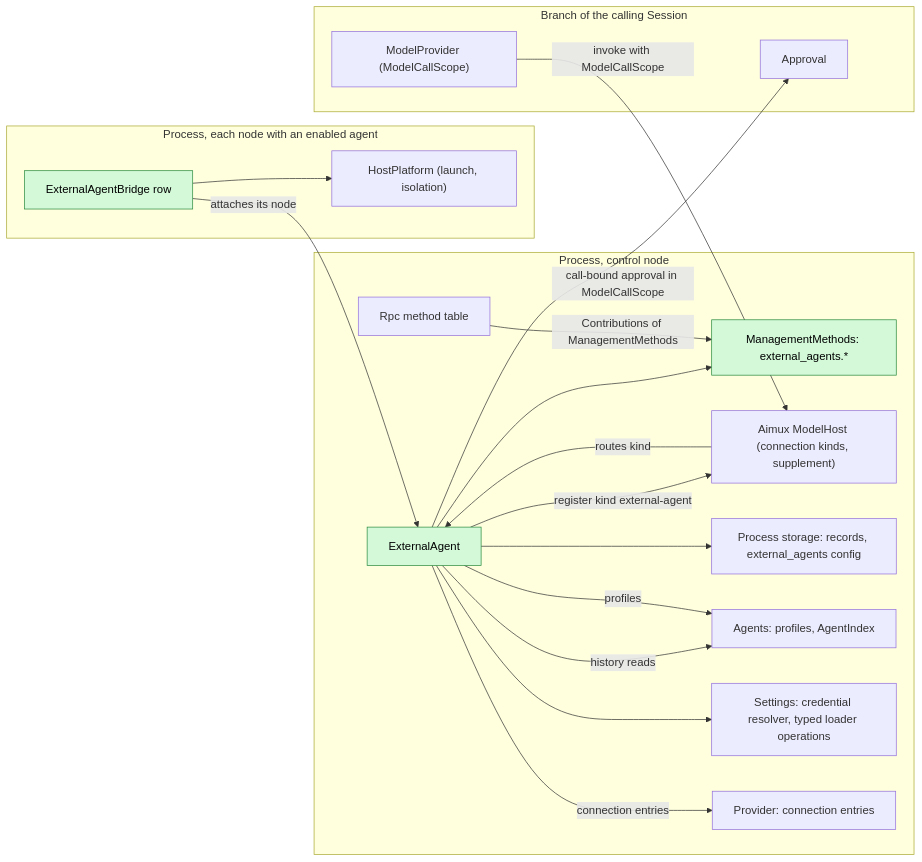
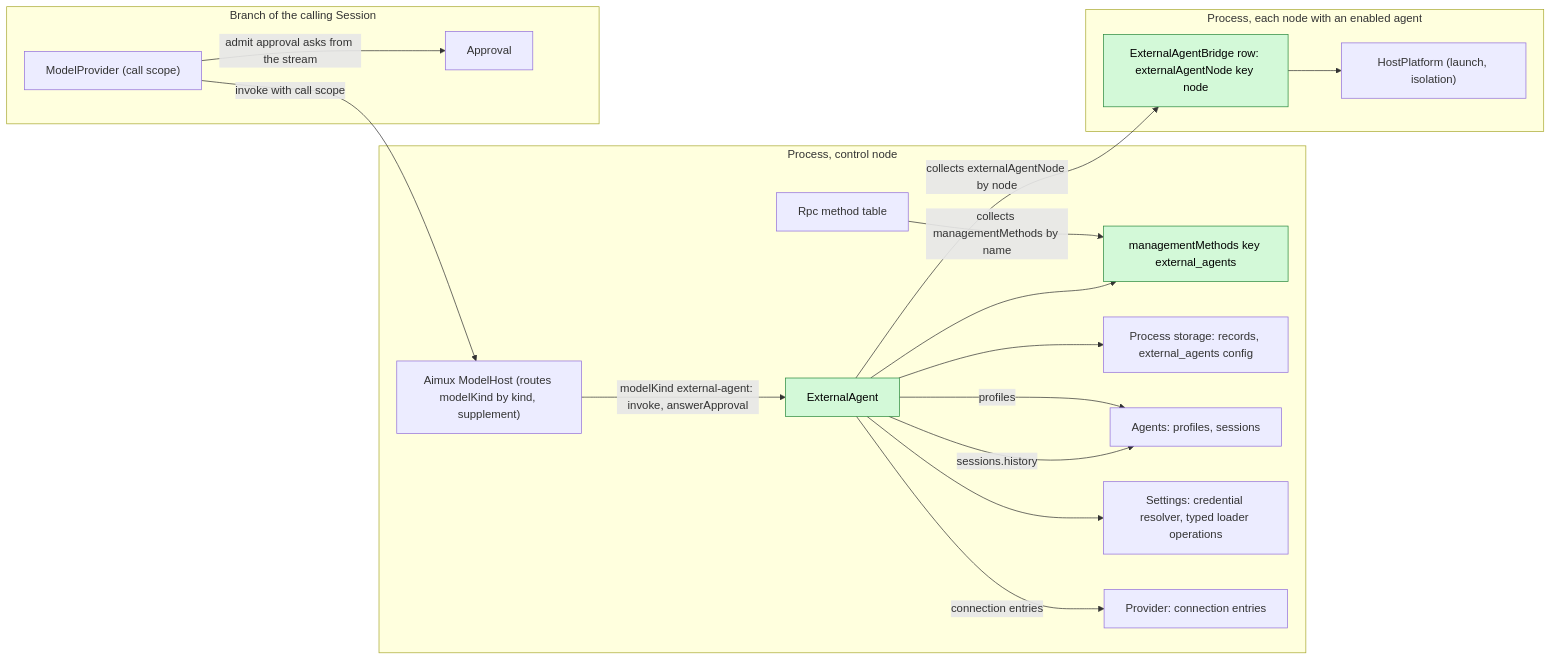
The first of 5 diagrams in docs/design/plugins/ExternalAgent.md (CoutinhoTTS/dim-agent), drawn with Mermaid before and after one commit. The commit also changed other lines of this file and 3 other files, not shown here.

Commit message:
docs(design): language-neutral contracts for Scheduler, Workflow, ExternalAgent and AcpGateway

````diff
--- a/docs/design/plugins/ExternalAgent.md
+++ b/docs/design/plugins/ExternalAgent.md
@@ -9,35 +9,34 @@
 ```mermaid
 flowchart LR
   classDef new fill:#d3f9d8,stroke:#2b8a3e,color:#000
   subgraph proc["Process, control node"]
     EA["ExternalAgent"]:::new
-    MM["ManagementMethods: external_agents.*"]:::new
-    Aimux["Aimux ModelHost (connection kinds, supplement)"]
+    MM["managementMethods key external_agents"]:::new
+    Aimux["Aimux ModelHost (routes modelKind by kind, supplement)"]
     Rpc["Rpc method table"]
     Store["Process storage: records, external_agents config"]
-    Agents["Agents: profiles, AgentIndex"]
+    Agents["Agents: profiles, sessions"]
     Settings["Settings: credential resolver, typed loader operations"]
     Provider["Provider: connection entries"]
   end
   subgraph node["Process, each node with an enabled agent"]
-    Bridge["ExternalAgentBridge row"]:::new
+    Bridge["ExternalAgentBridge row: externalAgentNode key node"]:::new
     HP["HostPlatform (launch, isolation)"]
   end
   subgraph branch["Branch of the calling Session"]
-    MP["ModelProvider (ModelCallScope)"]
+    MP["ModelProvider (call scope)"]
     Appr["Approval"]
   end
-  EA -->|"register kind external-agent"| Aimux
   EA --> MM
-  Rpc -->|"Contributions of ManagementMethods"| MM
-  MP -->|"invoke with ModelCallScope"| Aimux
-  Aimux -->|"routes kind"| EA
-  EA -->|"call-bound approval in ModelCallScope"| Appr
-  EA -->|"history reads"| Agents
+  Rpc -->|"collects managementMethods by name"| MM
+  MP -->|"invoke with call scope"| Aimux
+  Aimux -->|"modelKind external-agent: invoke, answerApproval"| EA
+  MP -->|"admit approval asks from the stream"| Appr
+  EA -->|"sessions.history"| Agents
   EA --> Store
   EA --> Settings
   EA -->|"connection entries"| Provider
   EA -->|"profiles"| Agents
-  Bridge -->|"attaches its node"| EA
+  EA -->|"collects externalAgentNode by node"| Bridge
   Bridge --> HP
 ```
````
